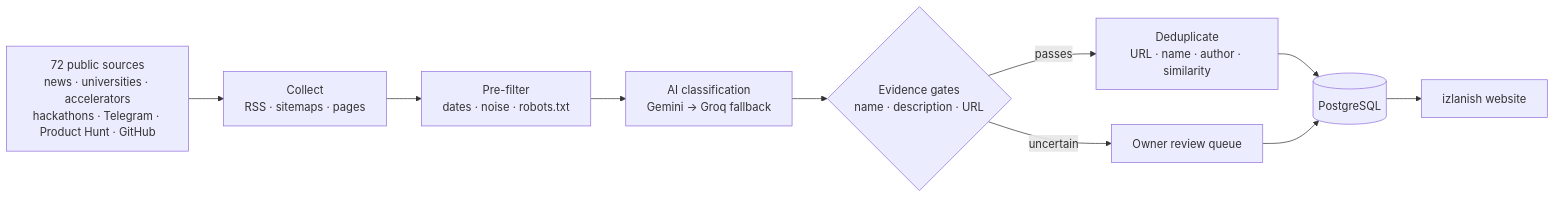
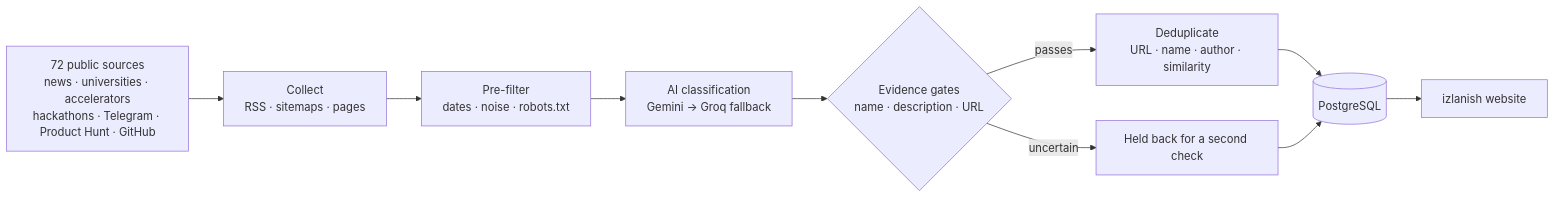
The diagram in README.md (Cos1mo0919/startup-finder), drawn with Mermaid before and after one commit. The commit also changed other lines of this file and 15 other files, not shown here.

````diff
--- a/README.md
+++ b/README.md
@@ -69,12 +58,12 @@
 ```mermaid
 flowchart LR
     A[72 public sources<br/>news · universities · accelerators<br/>hackathons · Telegram · Product Hunt · GitHub] --> B[Collect<br/>RSS · sitemaps · pages]
     B --> C[Pre-filter<br/>dates · noise · robots.txt]
     C --> D[AI classification<br/>Gemini → Groq fallback]
     D --> E{Evidence gates<br/>name · description · URL}
     E -->|passes| F[Deduplicate<br/>URL · name · author · similarity]
-    E -->|uncertain| R[Owner review queue]
+    E -->|uncertain| R[Held back for a second check]
     F --> G[(PostgreSQL)]
     R --> G
     G --> H[izlanish website]
 ```
````
